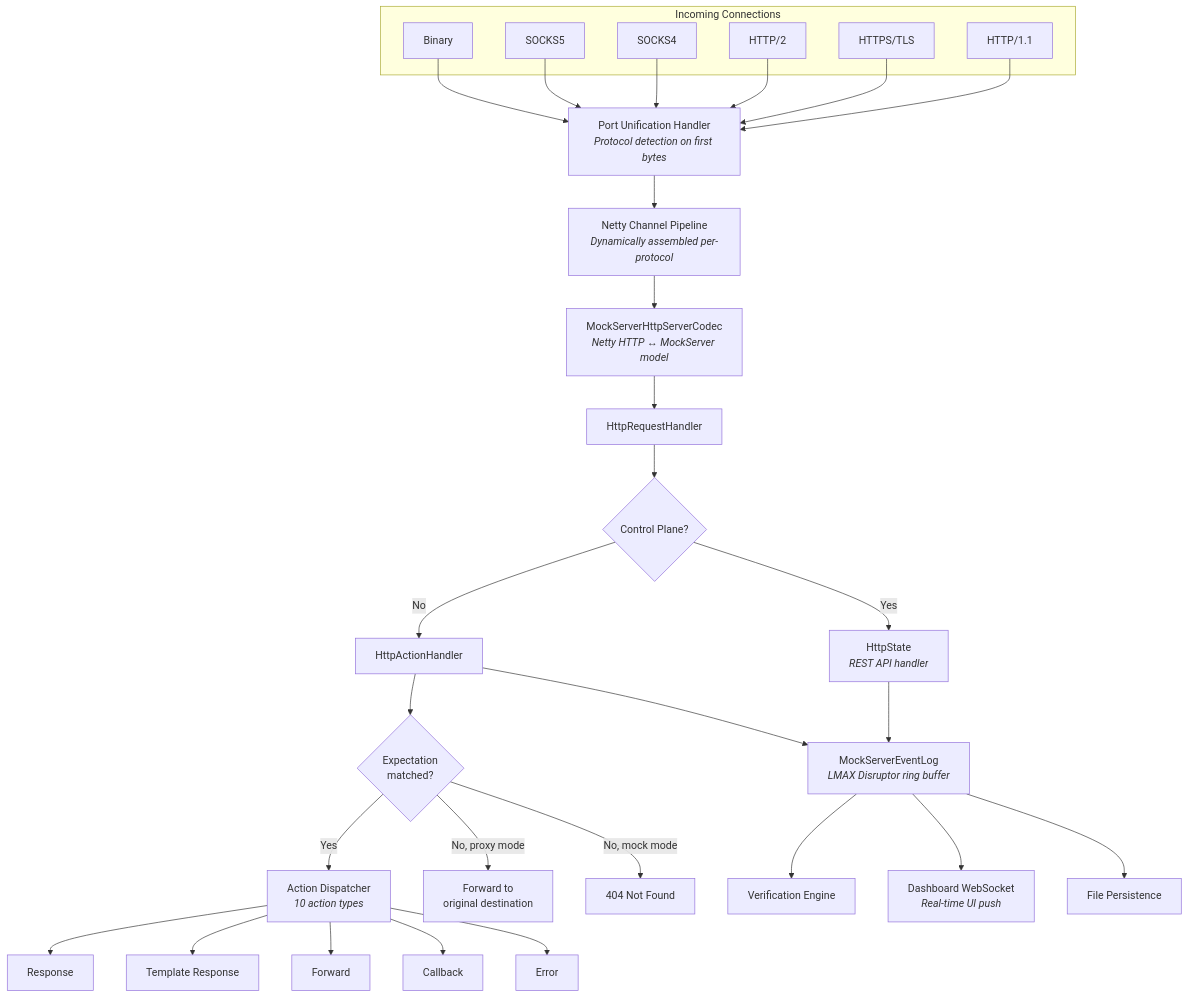
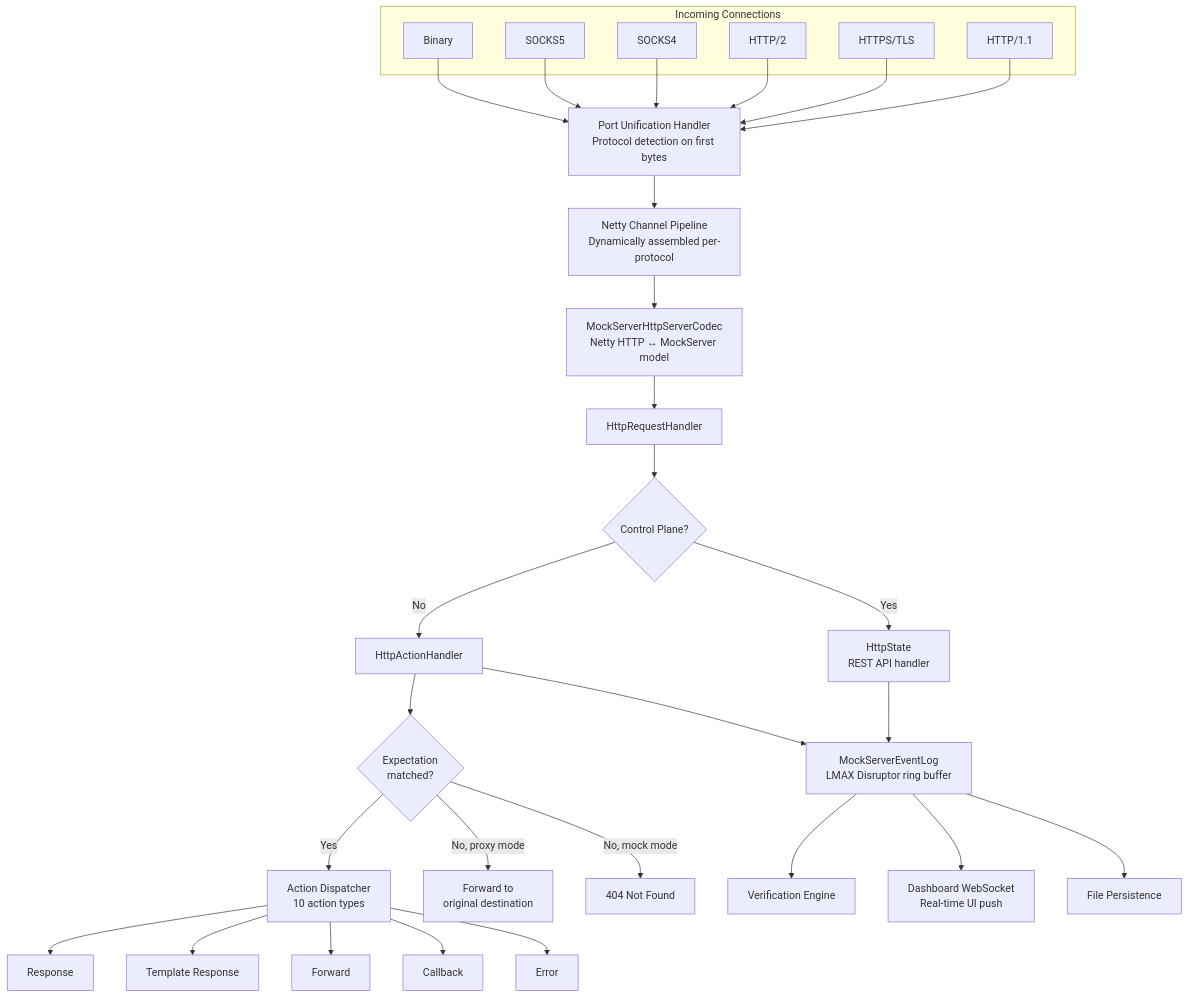
The first of 2 diagrams in docs/code/overview.md (mock-server/mockserver), drawn with Mermaid before and after one commit. The commit also changed other lines of this file and 21 other files, not shown here.

First line of the commit message:
fix(docs): remove HTML tags from Mermaid diagrams to fix GitHub rendering

````diff
--- a/docs/code/overview.md
+++ b/docs/code/overview.md
@@ -7,47 +7,56 @@
 ```mermaid
 graph TB
     subgraph "Incoming Connections"
         HTTP[HTTP/1.1]
         HTTPS[HTTPS/TLS]
         H2[HTTP/2]
         S4[SOCKS4]
         S5[SOCKS5]
         BIN[Binary]
     end
 
-    PU[Port Unification Handler<br/><i>Protocol detection on first bytes</i>]
+    PU["Port Unification Handler
+Protocol detection on first bytes"]
 
     HTTP --> PU
     HTTPS --> PU
     H2 --> PU
     S4 --> PU
     S5 --> PU
     BIN --> PU
 
-    PU --> PIPELINE[Netty Channel Pipeline<br/><i>Dynamically assembled per-protocol</i>]
+    PU --> PIPELINE["Netty Channel Pipeline
+Dynamically assembled per-protocol"]
 
-    PIPELINE --> CODEC[MockServerHttpServerCodec<br/><i>Netty HTTP ↔ MockServer model</i>]
+    PIPELINE --> CODEC["MockServerHttpServerCodec
+Netty HTTP ↔ MockServer model"]
     CODEC --> HANDLER[HttpRequestHandler]
 
     HANDLER --> CP{Control Plane?}
-    CP -->|Yes| STATE[HttpState<br/><i>REST API handler</i>]
+    CP -->|Yes| STATE["HttpState
+REST API handler"]
     CP -->|No| ACTION[HttpActionHandler]
 
-    ACTION --> MATCH{Expectation<br/>matched?}
-    MATCH -->|Yes| DISPATCH[Action Dispatcher<br/><i>10 action types</i>]
-    MATCH -->|No, proxy mode| FWD[Forward to<br/>original destination]
+    ACTION --> MATCH{"Expectation
+matched?"}
+    MATCH -->|Yes| DISPATCH["Action Dispatcher
+10 action types"]
+    MATCH -->|No, proxy mode| FWD["Forward to
+original destination"]
     MATCH -->|No, mock mode| NF[404 Not Found]
 
     DISPATCH --> RESP[Response]
     DISPATCH --> TEMPLATE[Template Response]
     DISPATCH --> FORWARD[Forward]
     DISPATCH --> CALLBACK[Callback]
     DISPATCH --> ERROR[Error]
 
-    STATE --> LOG[MockServerEventLog<br/><i>LMAX Disruptor ring buffer</i>]
+    STATE --> LOG["MockServerEventLog
+LMAX Disruptor ring buffer"]
     ACTION --> LOG
 
     LOG --> VERIFY[Verification Engine]
-    LOG --> DASH[Dashboard WebSocket<br/><i>Real-time UI push</i>]
+    LOG --> DASH["Dashboard WebSocket
+Real-time UI push"]
     LOG --> PERSIST[File Persistence]
 ```
````
